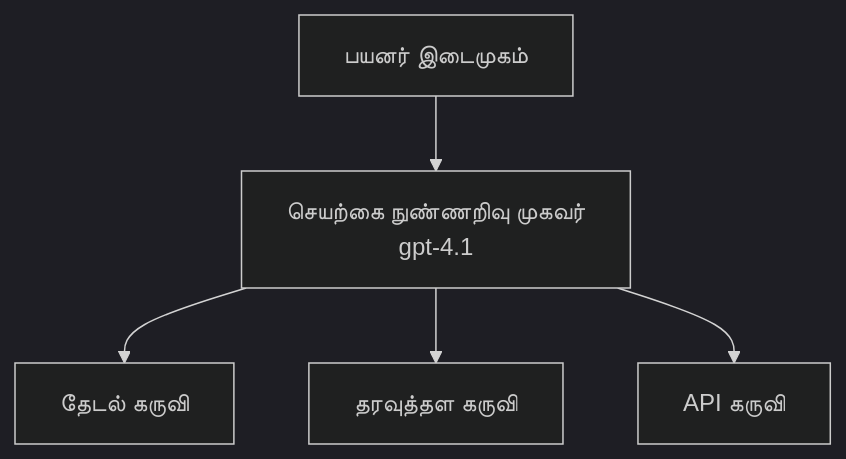
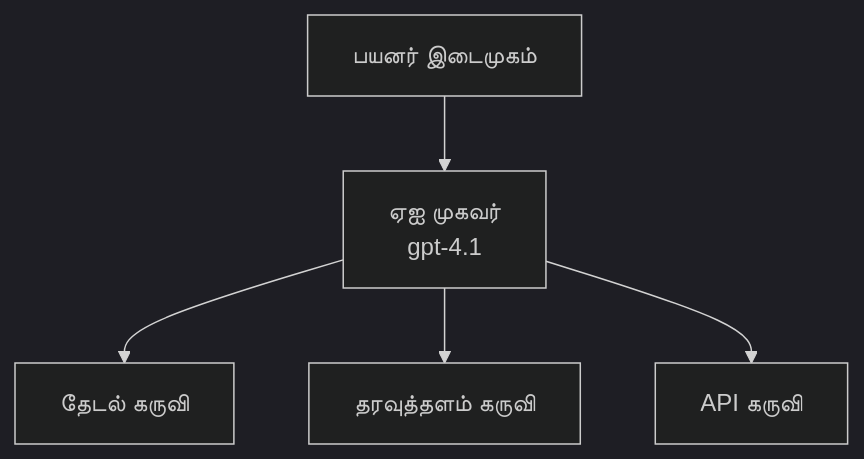
One commit to microsoft/AZD-for-beginners changed the first of 3 diagrams in translations/ta/docs/chapter-02-ai-development/agents.md. Above: the diagram before and after it, drawn with Mermaid (dark theme). The commit also changed other lines of this file and 101 other files, not shown here.

````diff
--- a/translations/ta/docs/chapter-02-ai-development/agents.md
+++ b/translations/ta/docs/chapter-02-ai-development/agents.md
@@ -152,7 +157,7 @@
 ```mermaid
 graph TD
-    UI[பயனர் இடைமுகம்] --> Agent[செயற்கை நுண்ணறிவு முகவர்<br/>gpt-4.1]
+    UI[பயனர் இடைமுகம்] --> Agent[ஏஐ முகவர்<br/>gpt-4.1]
     Agent --> Search[தேடல் கருவி]
-    Agent --> Database[தரவுத்தள கருவி]
+    Agent --> Database[தரவுத்தளம் கருவி]
     Agent --> API[API கருவி]
 ```
````
